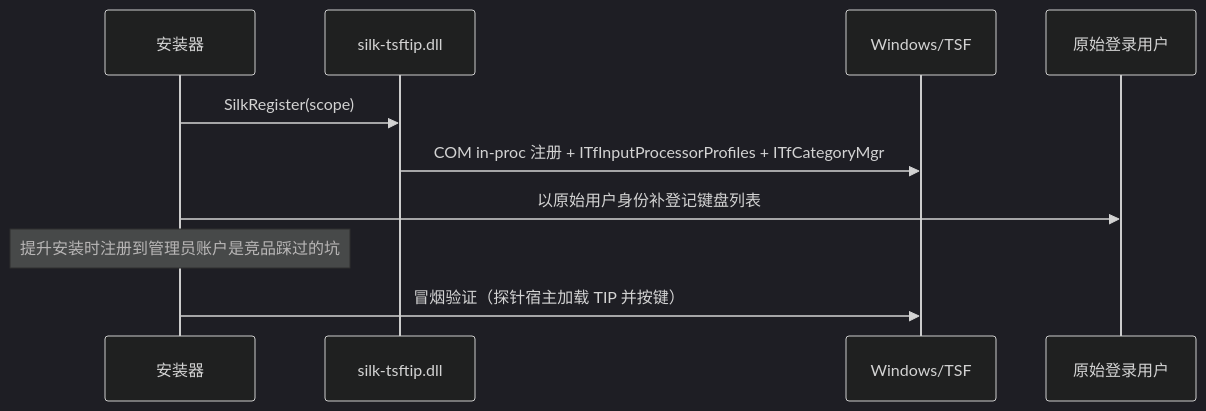
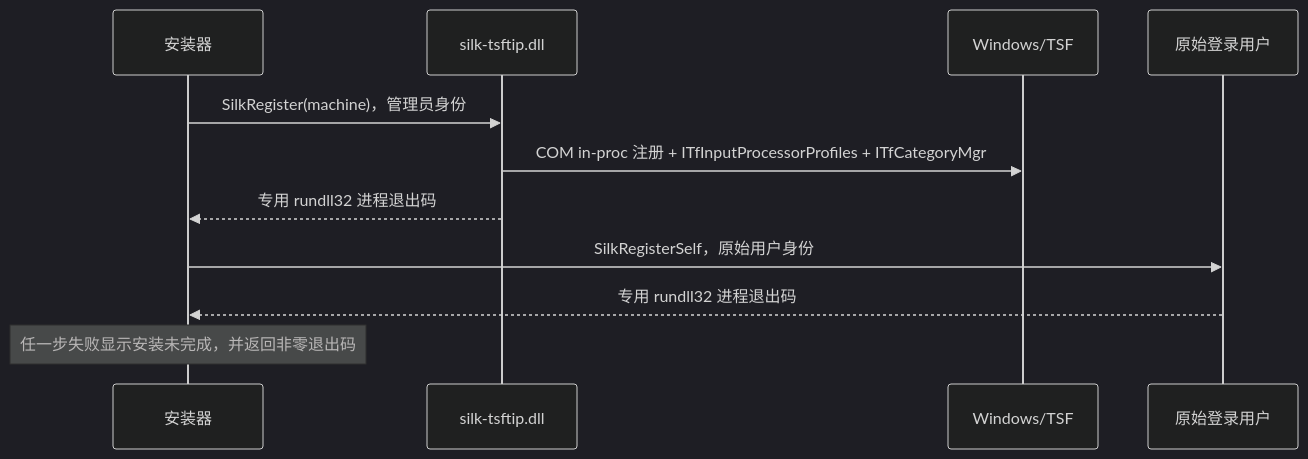
The diagram in docs/design/foundation/07-installation.md (luobochuanqi/silk-ime), drawn with Mermaid (dark theme) before and after one commit. The commit also changed other lines of this file and 31 other files, not shown here.

````diff
--- a/docs/design/foundation/07-installation.md
+++ b/docs/design/foundation/07-installation.md
@@ -32,13 +30,14 @@
 ```mermaid
 sequenceDiagram
   participant SETUP as 安装器
   participant DLL as silk-tsftip.dll
   participant OS as Windows/TSF
   participant USER as 原始登录用户
 
-  SETUP->>DLL: SilkRegister(scope)
+  SETUP->>DLL: SilkRegister(machine)，管理员身份
   DLL->>OS: COM in-proc 注册 + ITfInputProcessorProfiles + ITfCategoryMgr
-  SETUP->>USER: 以原始用户身份补登记键盘列表
-  Note over SETUP: 提升安装时注册到管理员账户是竞品踩过的坑
-  SETUP->>OS: 冒烟验证（探针宿主加载 TIP 并按键）
+  DLL-->>SETUP: 专用 rundll32 进程退出码
+  SETUP->>USER: SilkRegisterSelf，原始用户身份
+  USER-->>SETUP: 专用 rundll32 进程退出码
+  Note over SETUP: 任一步失败显示安装未完成，并返回非零退出码
 ```
````
